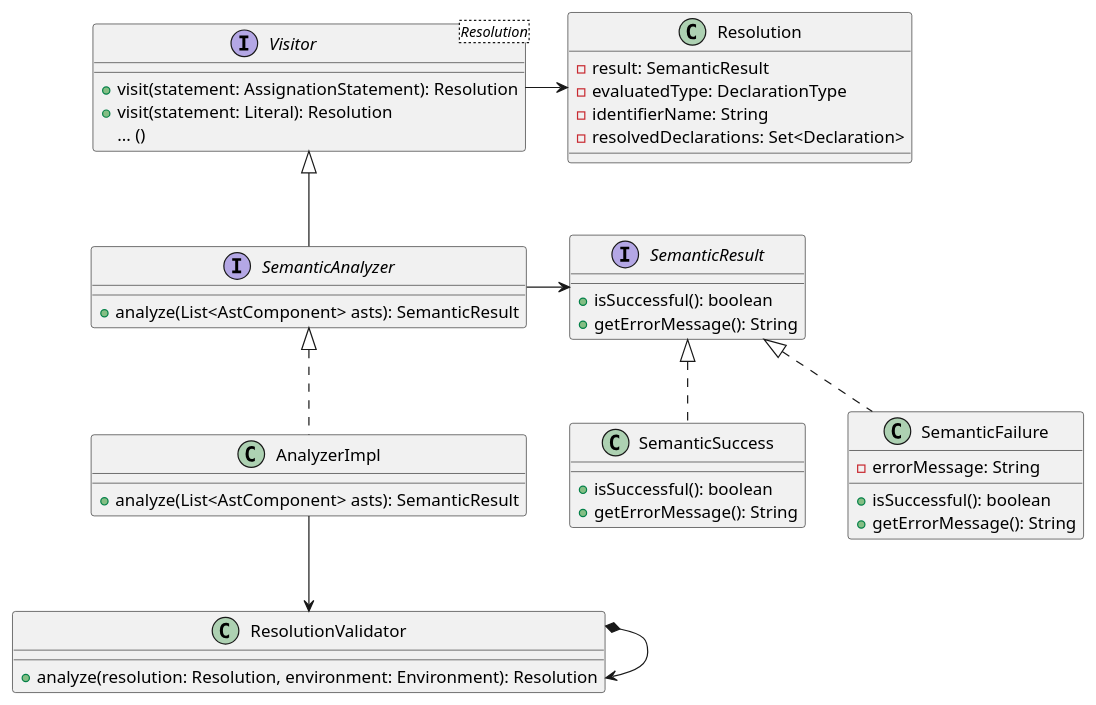
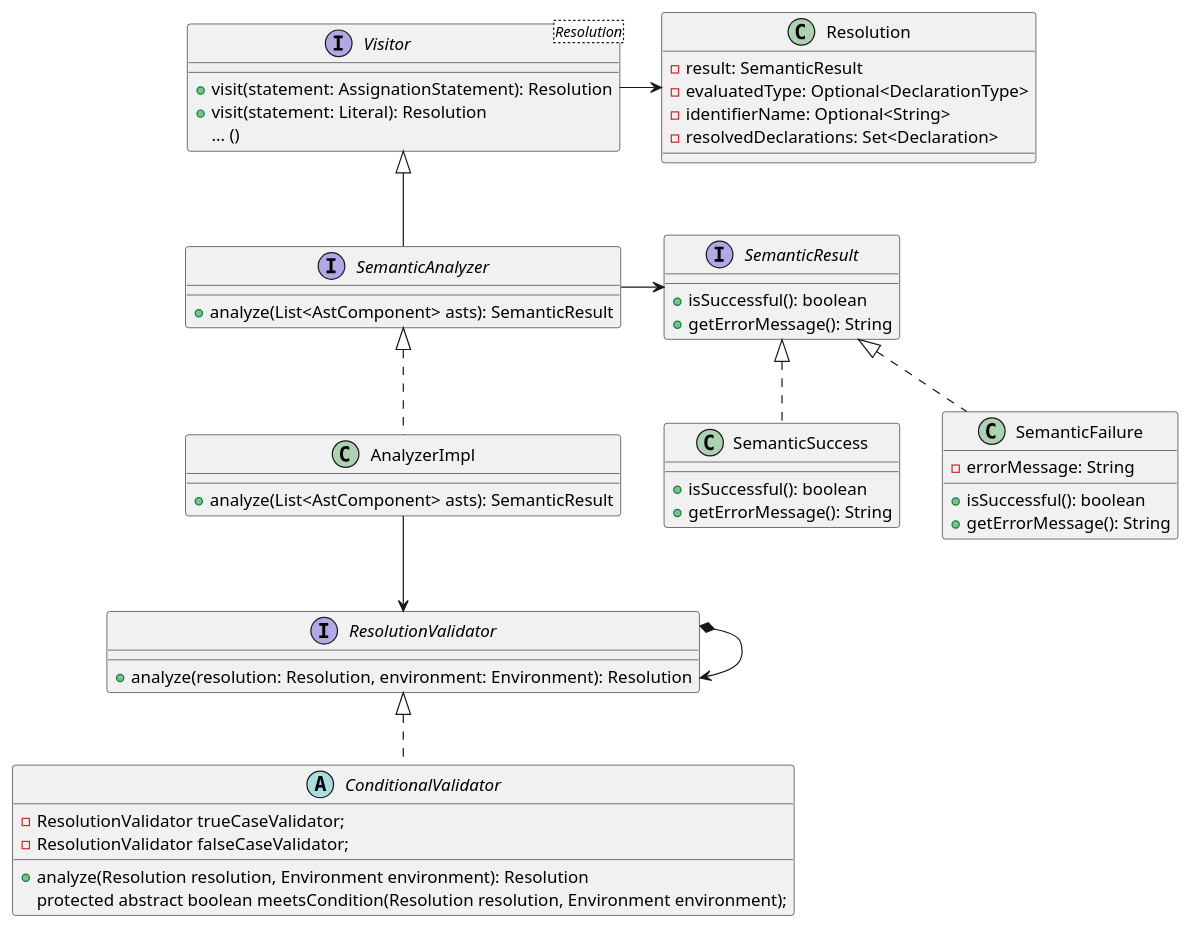
Before and after one commit to Al-Fajor/printscript: the diagram in diagrams/semantic_analyzer.puml, drawn with PlantUML. The commit also changed 15 other files, not shown here.

```diff
--- a/diagrams/semantic_analyzer.puml
+++ b/diagrams/semantic_analyzer.puml
@@ -1,48 +1,55 @@
 @startuml
 
 interface Visitor<Resolution> {
     + visit(statement: AssignationStatement): Resolution
     + visit(statement: Literal): Resolution
     ... ()
 }
 
 interface SemanticAnalyzer extends Visitor<Resolution> {
     + analyze(List<AstComponent> asts): SemanticResult
 }
 
 class AnalyzerImpl implements SemanticAnalyzer {
     + analyze(List<AstComponent> asts): SemanticResult
 }
 
 interface SemanticResult {
     + isSuccessful(): boolean
     + getErrorMessage(): String
 }
 
 class SemanticSuccess implements SemanticResult {
     + isSuccessful(): boolean
     + getErrorMessage(): String
 }
 class SemanticFailure implements SemanticResult {
     - errorMessage: String
     + isSuccessful(): boolean
     + getErrorMessage(): String
 }
 
 class Resolution {
     - result: SemanticResult
-    - evaluatedType: DeclarationType
-    - identifierName: String
+    - evaluatedType: Optional<DeclarationType>
+    - identifierName: Optional<String>
     - resolvedDeclarations: Set<Declaration>
 }
 
-class ResolutionValidator {
+interface ResolutionValidator {
     + analyze(resolution: Resolution, environment: Environment): Resolution
+}
+
+abstract ConditionalValidator implements ResolutionValidator {
+    - ResolutionValidator trueCaseValidator;
+    - ResolutionValidator falseCaseValidator;
+    + analyze(Resolution resolution, Environment environment): Resolution
+    protected abstract boolean meetsCondition(Resolution resolution, Environment environment);
 }
 
 SemanticAnalyzer -> SemanticResult
 AnalyzerImpl --> ResolutionValidator
 ResolutionValidator *-> ResolutionValidator
 Visitor -> Resolution
 
 @enduml
```
